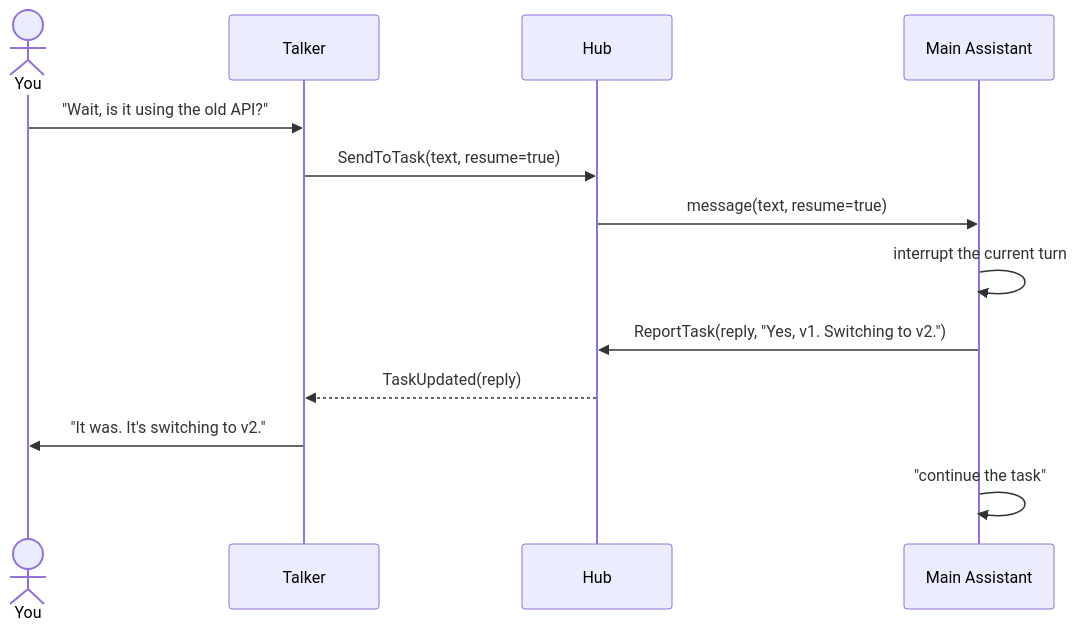
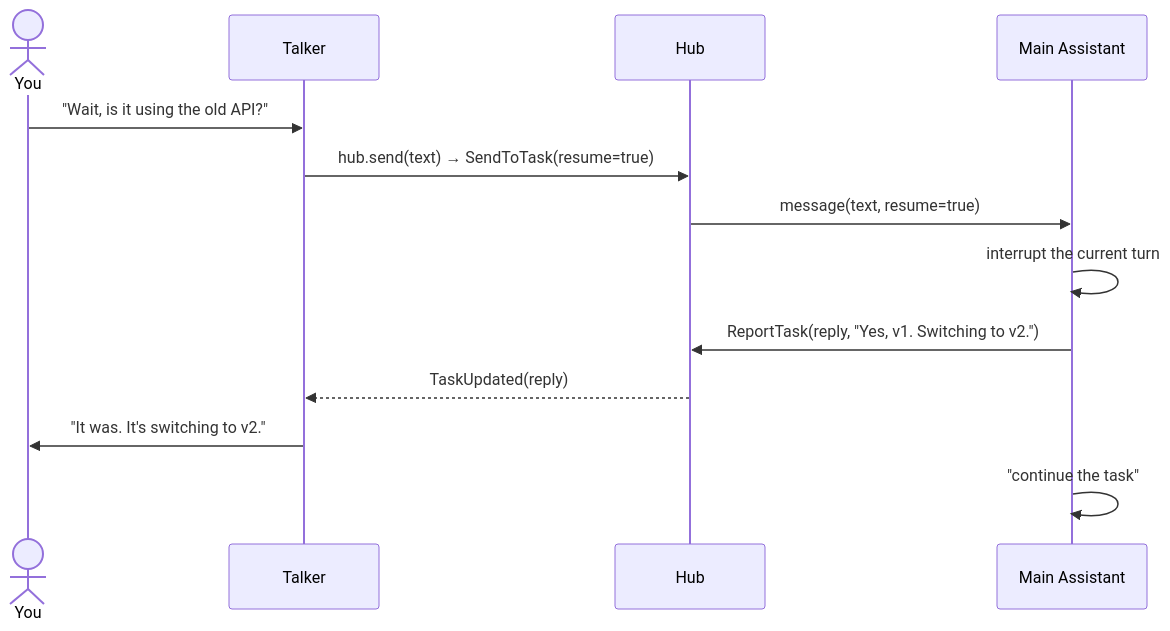
The fifth of 7 diagrams in docs/architecture/agents.md (sharramon/AI_Assistant), drawn with Mermaid before and after one commit. The commit also changed other lines of this file and 84 other files, not shown here.

Commit message:
Architecture docs audit: pages checked against the code; seven new SVGs replace the six stale ones; the README bird's-eye; API pages; links to deleted notes fixed; the audit note

````diff
--- a/docs/architecture/agents.md
+++ b/docs/architecture/agents.md
@@ -252,15 +266,15 @@
 ```mermaid
 sequenceDiagram
     actor You
     participant T as Talker
     participant H as Hub
     participant M as Main Assistant
     You->>T: "Wait, is it using the old API?"
-    T->>H: SendToTask(text, resume=true)
+    T->>H: hub.send(text) → SendToTask(resume=true)
     H->>M: message(text, resume=true)
     M->>M: interrupt the current turn
     M->>H: ReportTask(reply, "Yes, v1. Switching to v2.")
     H-->>T: TaskUpdated(reply)
     T->>You: "It was. It's switching to v2."
     M->>M: "continue the task"
 ```
````
